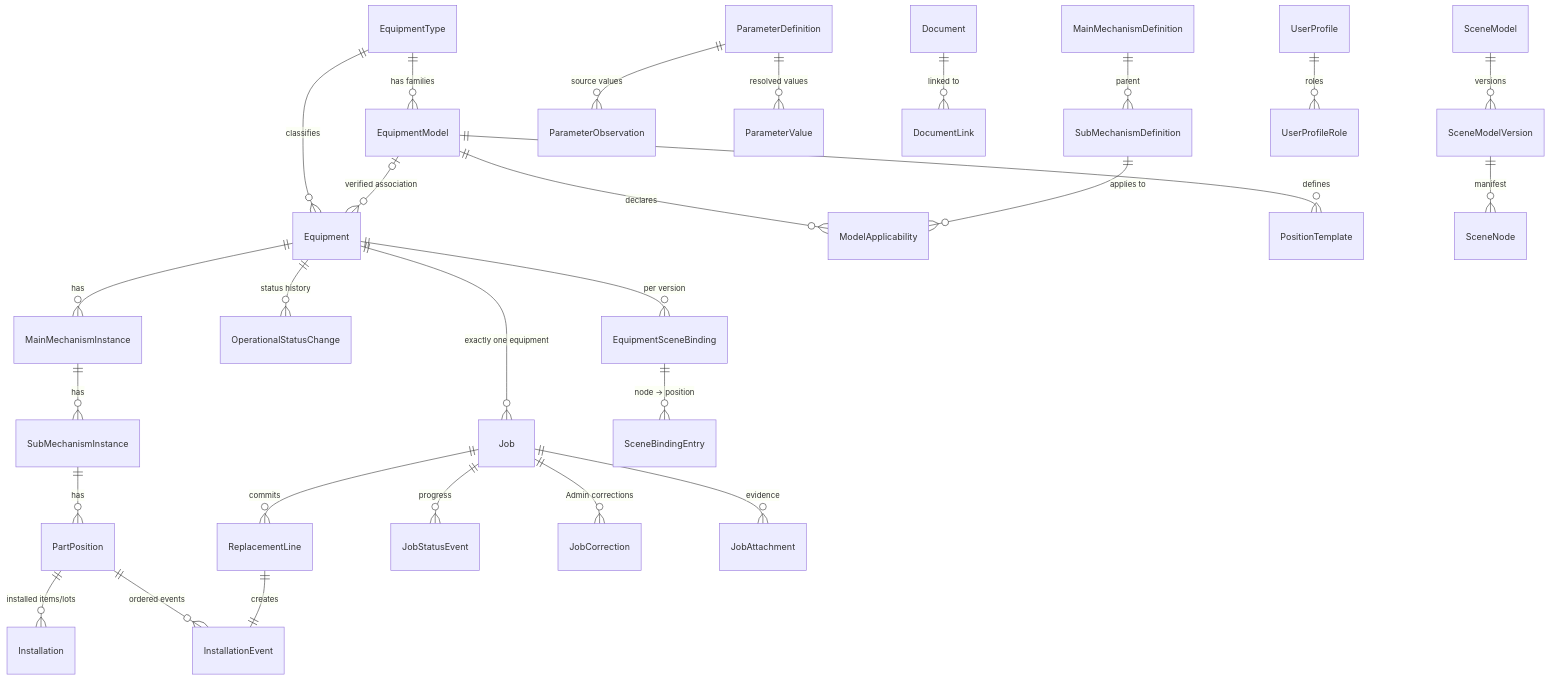
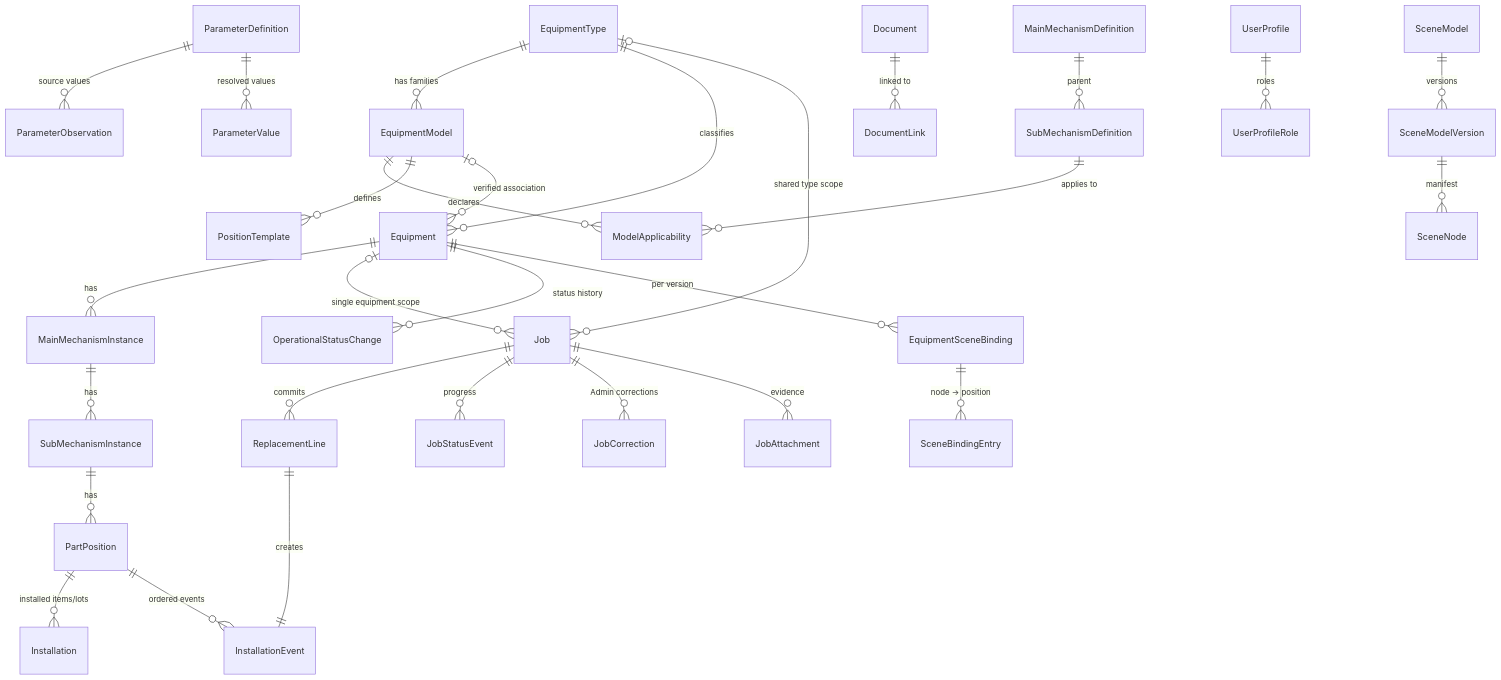
One commit to yhaggalla/EQ_MAINTENANCE changed the first of 4 diagrams in docs/DATA_CONTRACT.md. Above: the diagram before and after it, drawn with Mermaid. The commit also changed other lines of this file and 28 other files, not shown here.

Commit message:
U1-C51: add Project kind and shared fleet-type special jobs

````diff
--- a/docs/DATA_CONTRACT.md
+++ b/docs/DATA_CONTRACT.md
@@ -32,30 +32,31 @@
 ```mermaid
 erDiagram
   EquipmentType ||--o{ EquipmentModel : "has families"
   EquipmentType ||--o{ Equipment : classifies
   EquipmentModel ||--o{ ModelApplicability : declares
   EquipmentModel ||--o{ PositionTemplate : defines
   EquipmentModel |o--o{ Equipment : "verified association"
   MainMechanismDefinition ||--o{ SubMechanismDefinition : parent
   SubMechanismDefinition ||--o{ ModelApplicability : "applies to"
   Equipment ||--o{ MainMechanismInstance : has
   MainMechanismInstance ||--o{ SubMechanismInstance : has
   SubMechanismInstance ||--o{ PartPosition : has
   PartPosition ||--o{ Installation : "installed items/lots"
   PartPosition ||--o{ InstallationEvent : "ordered events"
-  Equipment ||--o{ Job : "exactly one equipment"
+  Equipment |o--o{ Job : "single equipment scope"
+  EquipmentType |o--o{ Job : "shared type scope"
   Job ||--o{ ReplacementLine : commits
   ReplacementLine ||--|| InstallationEvent : creates
   Job ||--o{ JobStatusEvent : progress
   Job ||--o{ JobCorrection : "Admin corrections"
   Job ||--o{ JobAttachment : evidence
   Equipment ||--o{ OperationalStatusChange : "status history"
   ParameterDefinition ||--o{ ParameterObservation : "source values"
   ParameterDefinition ||--o{ ParameterValue : "resolved values"
   Document ||--o{ DocumentLink : "linked to"
   SceneModel ||--o{ SceneModelVersion : versions
   SceneModelVersion ||--o{ SceneNode : manifest
   Equipment ||--o{ EquipmentSceneBinding : "per version"
   EquipmentSceneBinding ||--o{ SceneBindingEntry : "node -> position"
   UserProfile ||--o{ UserProfileRole : roles
 ```
````
